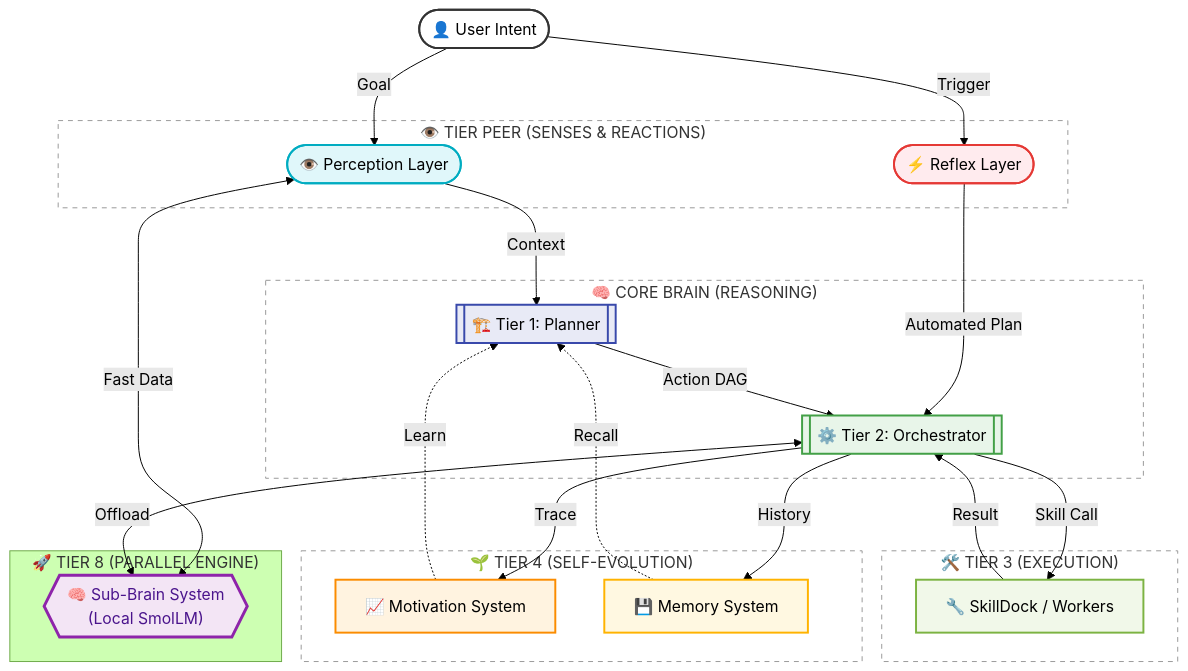
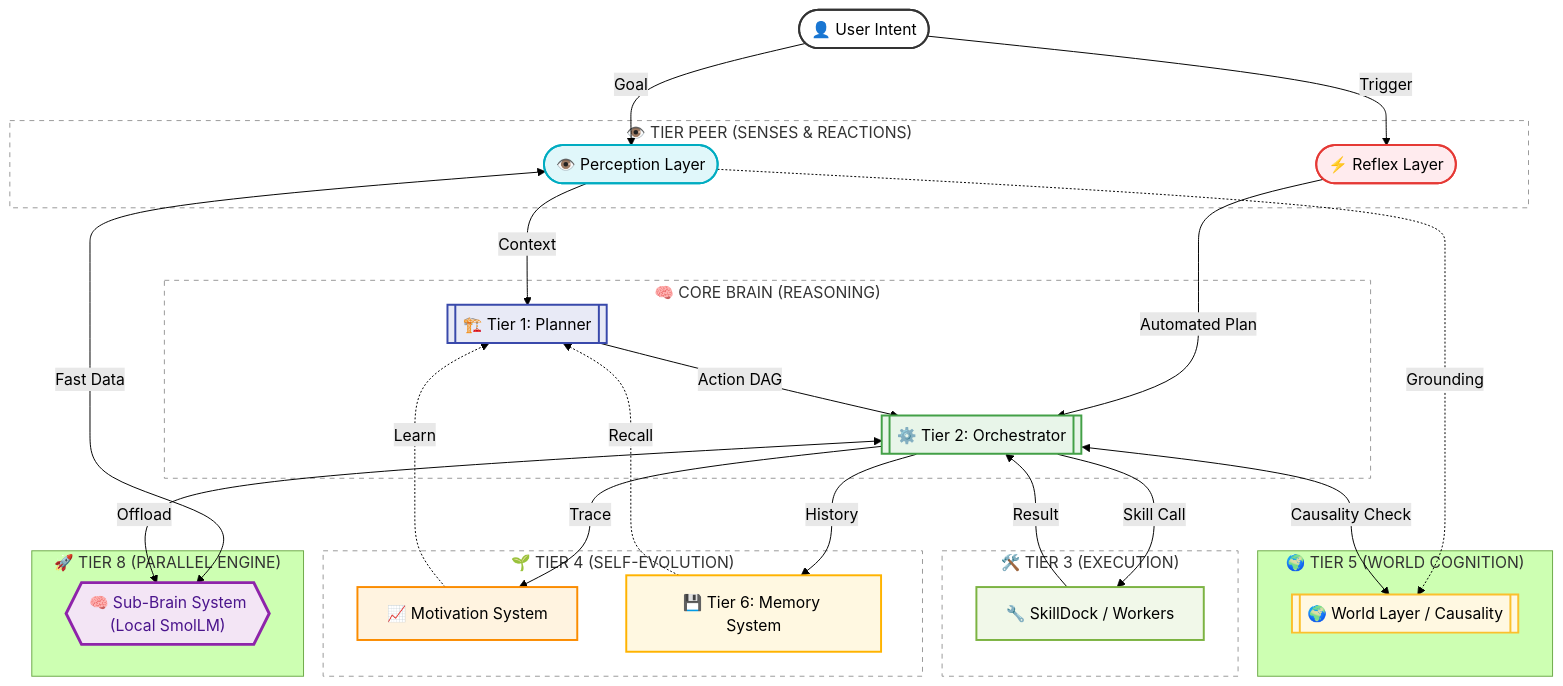
One commit to kanephamphu/connex-openagi changed the diagram in README.md. Above: the diagram before and after it, drawn with Mermaid (forest theme). The commit also changed other lines of this file, not shown here.

Commit message:
add world cognition

````diff
--- a/README.md
+++ b/README.md
@@ -14,64 +14,72 @@
 ```mermaid
 graph TD
     %% Define Nodes with Icons
     User(["👤 User Intent"])
     
     subgraph Senses["👁️ TIER PEER (SENSES & REACTIONS)"]
         Perception(["👁️ Perception Layer"])
         Reflex(["⚡ Reflex Layer"])
     end
     
     subgraph Accelerator["🚀 TIER 8 (PARALLEL ENGINE)"]
         SubBrain{{"🧠 Sub-Brain System<br/>(Local SmolLM)"}}
     end
     
     subgraph Core["🧠 CORE BRAIN (REASONING)"]
         Planner[["🏗️ Tier 1: Planner"]]
         Orchestrator[["⚙️ Tier 2: Orchestrator"]]
     end
+
+    subgraph World["🌍 TIER 5 (WORLD COGNITION)"]
+        WorldLayer[["🌍 World Layer / Causality"]]
+    end
     
     subgraph Workers["🛠️ TIER 3 (EXECUTION)"]
         SkillDock["🔧 SkillDock / Workers"]
     end
     
     subgraph Evolution["🌱 TIER 4 (SELF-EVOLUTION)"]
         Motivation["📈 Motivation System"]
-        Memory["💾 Memory System"]
+        Memory["💾 Tier 6: Memory System"]
     end
 
     %% Flow Connections
     User -->|Goal| Perception
     User -->|Trigger| Reflex
     
     Perception <-->|Fast Data| SubBrain
     Orchestrator <-->|Offload| SubBrain
 
     Perception -->|Context| Planner
     Reflex -->|Automated Plan| Orchestrator
+
+    Perception -.->|Grounding| WorldLayer
     
     Planner -->|Action DAG| Orchestrator
+    Orchestrator <-->|Causality Check| WorldLayer
     Orchestrator -->|Skill Call| SkillDock
     SkillDock -->|Result| Orchestrator
     
     Orchestrator -->|Trace| Motivation
     Orchestrator -->|History| Memory
     Motivation -.->|Learn| Planner
     Memory -.->|Recall| Planner
 
     %% Professional Styling
     style User fill:#fff,stroke:#333,stroke-width:2px
     style Perception fill:#e0f7fa,stroke:#00acc1,stroke-width:2px
     style Reflex fill:#ffebee,stroke:#e53935,stroke-width:2px
     style SubBrain fill:#f3e5f5,stroke:#8e24aa,stroke-width:3px,color:#4a148c
     style Planner fill:#e8eaf6,stroke:#3949ab,stroke-width:2px
     style Orchestrator fill:#e8f5e9,stroke:#43a047,stroke-width:2px
+    style WorldLayer fill:#fff8e1,stroke:#fbc02d,stroke-width:2px
     style SkillDock fill:#f1f8e9,stroke:#7cb342,stroke-width:2px
     style Motivation fill:#fff3e0,stroke:#fb8c00,stroke-width:2px
     style Memory fill:#fff8e1,stroke:#ffb300,stroke-width:2px
 
     %% Subgraph Styling
     style Senses fill:transparent,stroke:#999,stroke-dasharray: 5 5
     style Core fill:transparent,stroke:#999,stroke-dasharray: 5 5
     style Evolution fill:transparent,stroke:#999,stroke-dasharray: 5 5
     style Workers fill:transparent,stroke:#999,stroke-dasharray: 5 5
 ```
````
